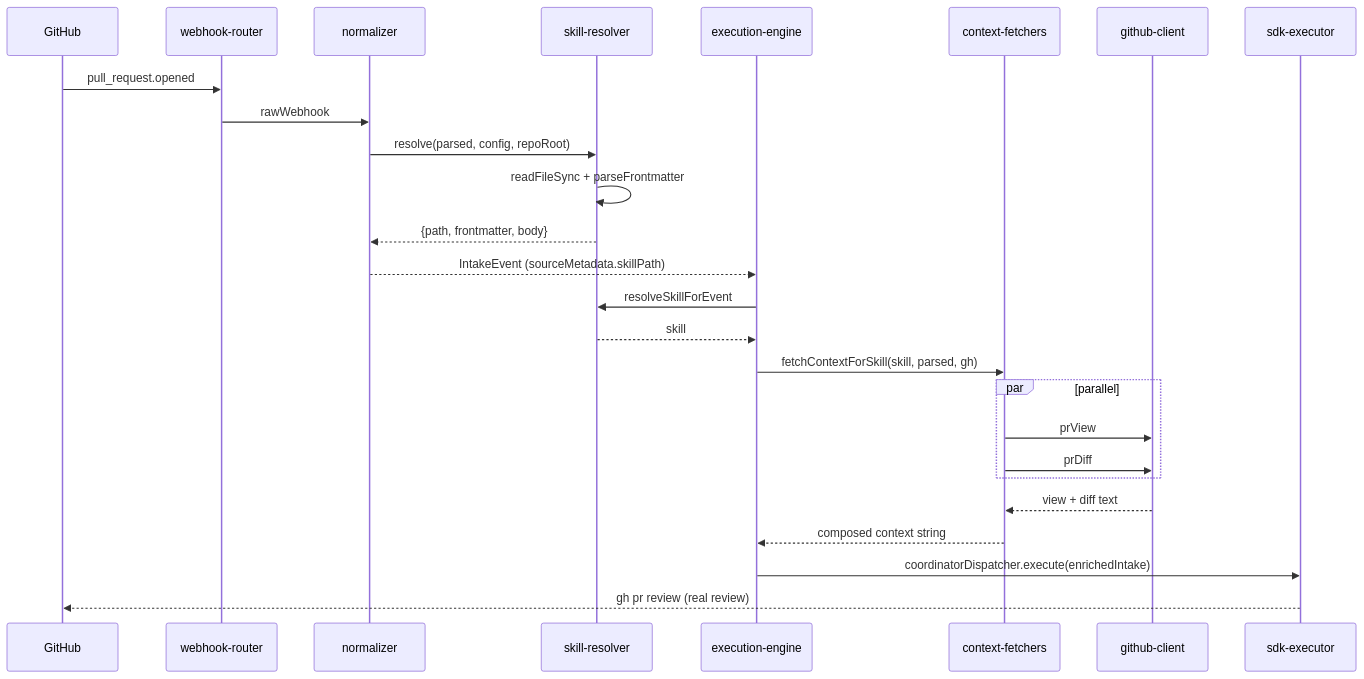
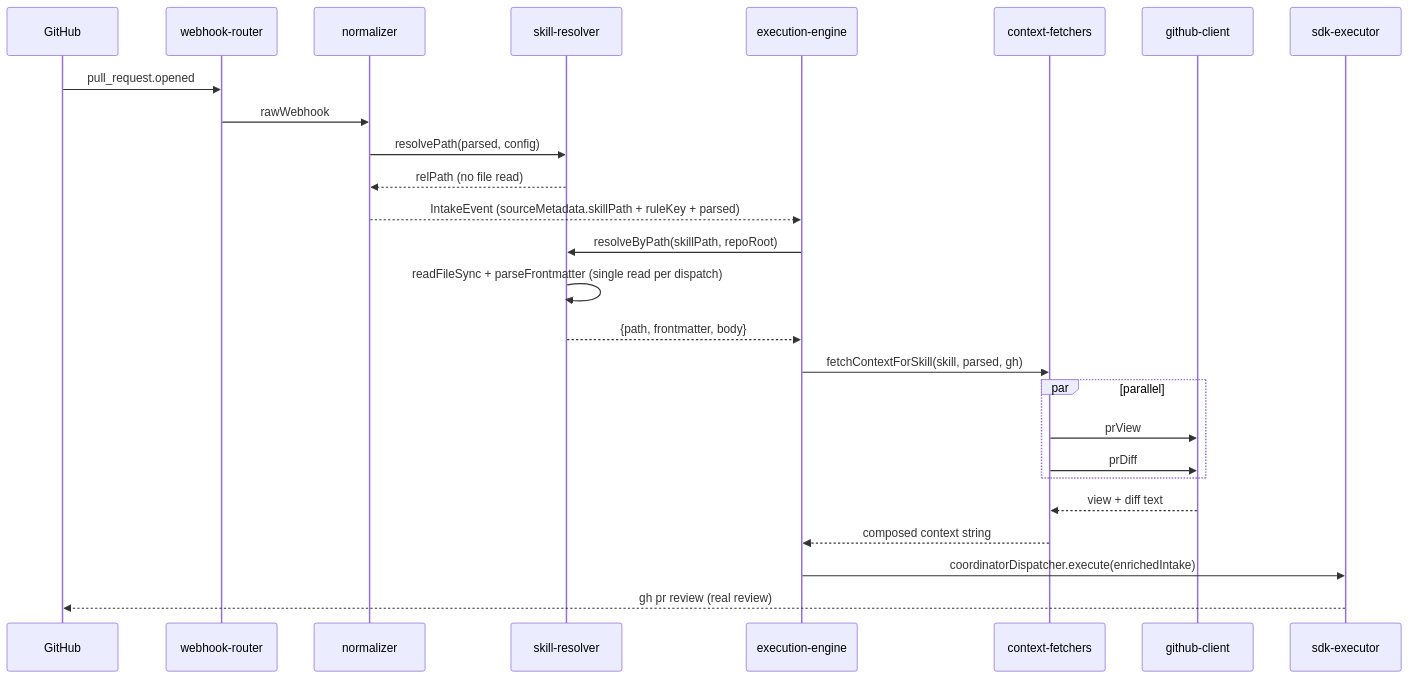
One commit to espinozasenior/orch-agents changed the second of 2 diagrams in docs/sparc/P20-skill-based-event-routing-spec.md. Above: the diagram before and after it, drawn with Mermaid. The commit also changed other lines of this file and 37 other files, not shown here.

First line of the commit message:
feat: P20 — skill-based event routing for GitHub webhooks

````diff
--- a/docs/sparc/P20-skill-based-event-routing-spec.md
+++ b/docs/sparc/P20-skill-based-event-routing-spec.md
@@ -384,29 +409,29 @@
 ```mermaid
 sequenceDiagram
     participant GH as GitHub
     participant WR as webhook-router
     participant NORM as normalizer
     participant SR as skill-resolver
     participant EE as execution-engine
     participant CF as context-fetchers
     participant GHC as github-client
     participant SDK as sdk-executor
 
     GH->>WR: pull_request.opened
     WR->>NORM: rawWebhook
-    NORM->>SR: resolve(parsed, config, repoRoot)
-    SR->>SR: readFileSync + parseFrontmatter
-    SR-->>NORM: {path, frontmatter, body}
-    NORM-->>EE: IntakeEvent (sourceMetadata.skillPath)
-    EE->>SR: resolveSkillForEvent
-    SR-->>EE: skill
+    NORM->>SR: resolvePath(parsed, config)
+    SR-->>NORM: relPath (no file read)
+    NORM-->>EE: IntakeEvent (sourceMetadata.skillPath + ruleKey + parsed)
+    EE->>SR: resolveByPath(skillPath, repoRoot)
+    SR->>SR: readFileSync + parseFrontmatter (single read per dispatch)
+    SR-->>EE: {path, frontmatter, body}
     EE->>CF: fetchContextForSkill(skill, parsed, gh)
     par parallel
         CF->>GHC: prView
         CF->>GHC: prDiff
     end
     GHC-->>CF: view + diff text
     CF-->>EE: composed context string
     EE->>SDK: coordinatorDispatcher.execute(enrichedIntake)
     SDK-->>GH: gh pr review (real review)
 ```
````
